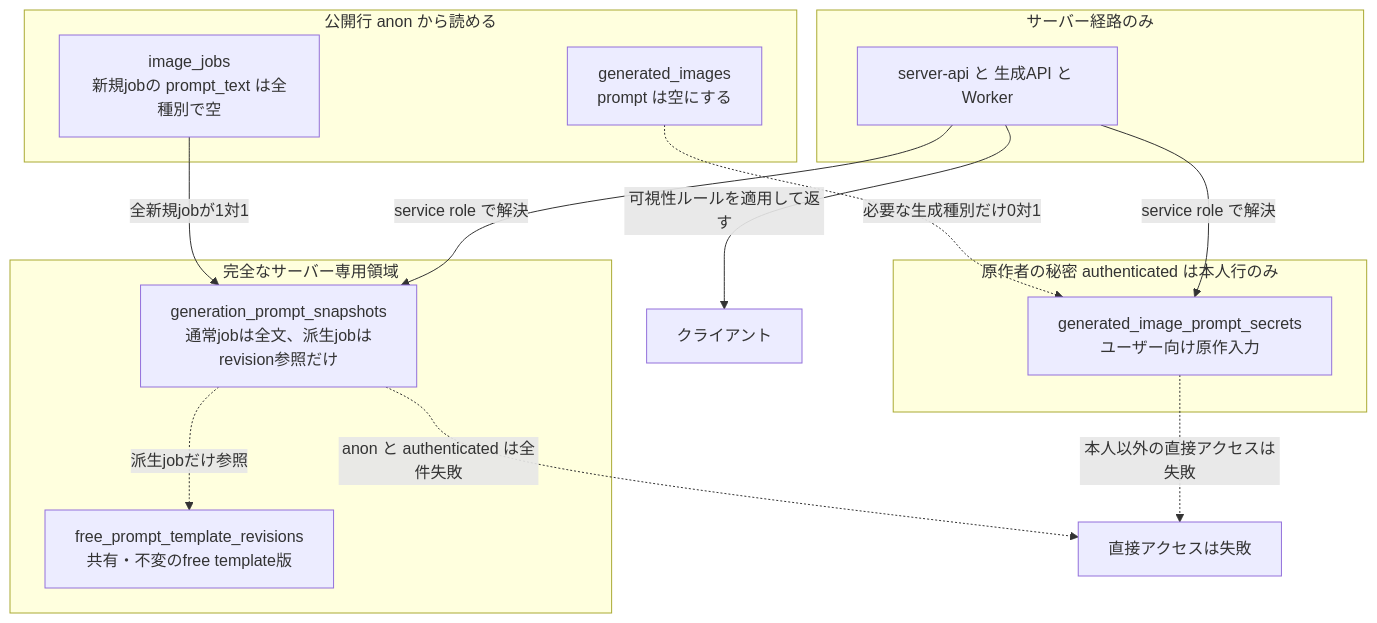
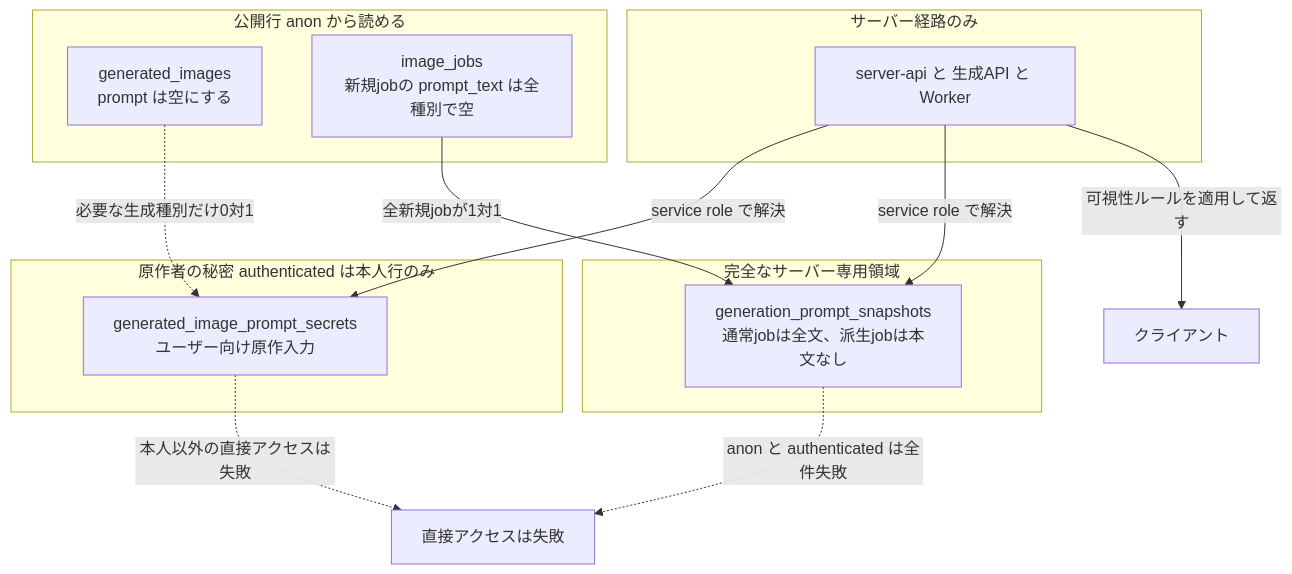
The first of 6 diagrams in docs/planning/free-prompt-private-mode-implementation-plan.md (3balljugglerYu/ai_coordinate), drawn with Mermaid before and after one commit. The commit also changed other lines of this file and 2 other files, not shown here.

````diff
--- a/docs/planning/free-prompt-private-mode-implementation-plan.md
+++ b/docs/planning/free-prompt-private-mode-implementation-plan.md
@@ -200,25 +214,23 @@
 ```mermaid
 flowchart TB
     subgraph public["公開行 anon から読める"]
         GI["generated_images<br/>prompt は空にする"]
         J["image_jobs<br/>新規jobの prompt_text は全種別で空"]
     end
     subgraph authorsecret["原作者の秘密 authenticated は本人行のみ"]
         PS["generated_image_prompt_secrets<br/>ユーザー向け原作入力"]
     end
     subgraph servicesec["完全なサーバー専用領域"]
-        GS["generation_prompt_snapshots<br/>通常jobは全文、派生jobはrevision参照だけ"]
-        TR["free_prompt_template_revisions<br/>共有・不変のfree template版"]
+        GS["generation_prompt_snapshots<br/>通常jobは全文、派生jobは本文なし"]
     end
     subgraph server["サーバー経路のみ"]
         API["server-api と 生成API と Worker"]
     end
     GI -.->|"必要な生成種別だけ0対1"| PS
     J -->|"全新規jobが1対1"| GS
-    GS -.->|"派生jobだけ参照"| TR
     API -->|"service role で解決"| PS
     API -->|"service role で解決"| GS
     API -->|"可視性ルールを適用して返す"| U["クライアント"]
     PS -.->|"本人以外の直接アクセスは失敗"| X["直接アクセスは失敗"]
     GS -.->|"anon と authenticated は全件失敗"| X
 ```
````
